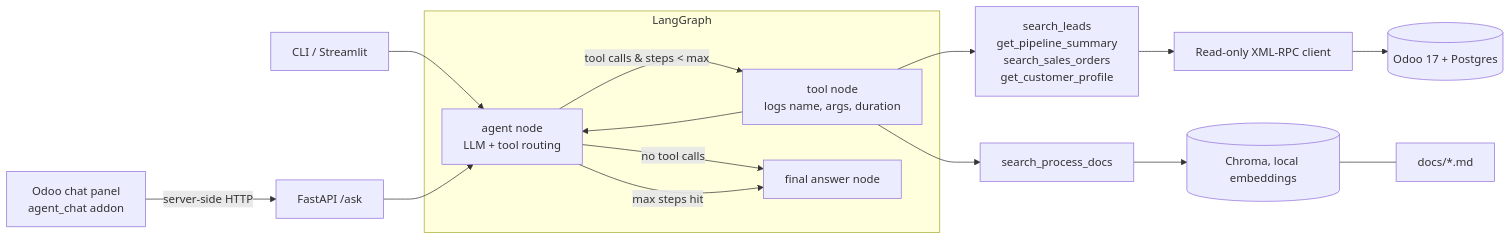
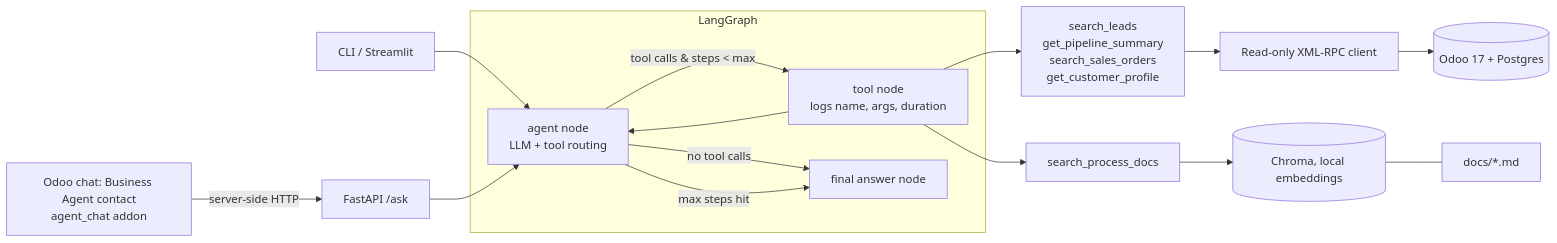
Before and after one commit to abdelrahmansharafx/odoo-ops-agent: the diagram in README.md, drawn with Mermaid. The commit also changed other lines of this file and 16 other files, not shown here.

Commit message:
Replace top-bar panel with native Odoo chat contact; render markdown as HTML; LLM timeouts; incremental eval report

````diff
--- a/README.md
+++ b/README.md
@@ -9,15 +9,15 @@
 ```mermaid
 flowchart LR
     U[CLI / Streamlit] --> A
-    OD[Odoo chat panel<br/>agent_chat addon] -->|server-side HTTP| API[FastAPI /ask] --> A
+    OD[Odoo chat: Business Agent contact<br/>agent_chat addon] -->|server-side HTTP| API[FastAPI /ask] --> A
     subgraph Graph["LangGraph"]
         A[agent node<br/>LLM + tool routing] -->|tool calls & steps < max| T[tool node<br/>logs name, args, duration]
         T --> A
         A -->|no tool calls| F[final answer node]
         A -->|max steps hit| F
     end
     T --> L[search_leads<br/>get_pipeline_summary<br/>search_sales_orders<br/>get_customer_profile]
     T --> R[search_process_docs]
     L --> C[Read-only XML-RPC client] --> O[(Odoo 17 + Postgres)]
     R --> V[(Chroma, local embeddings)] --- D[docs/*.md]
 ```
````
